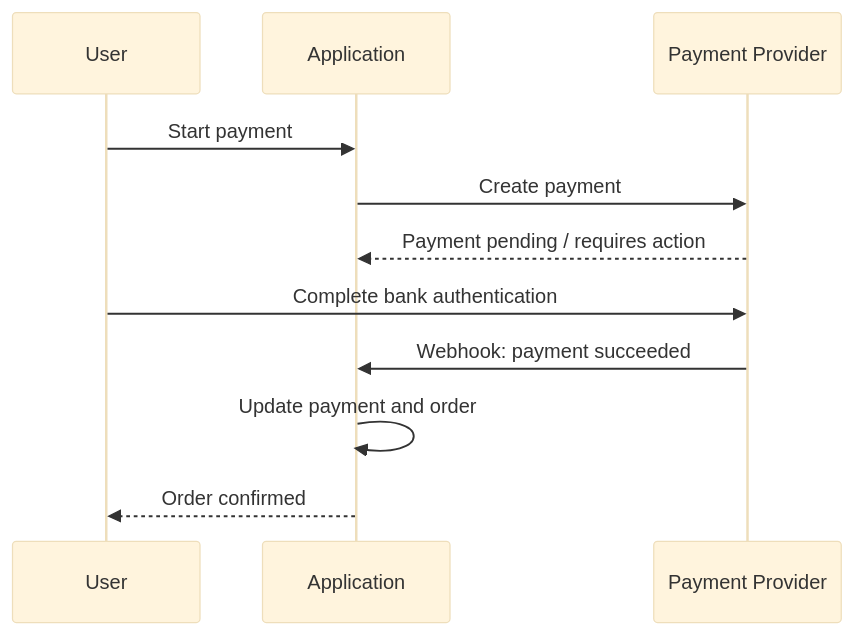
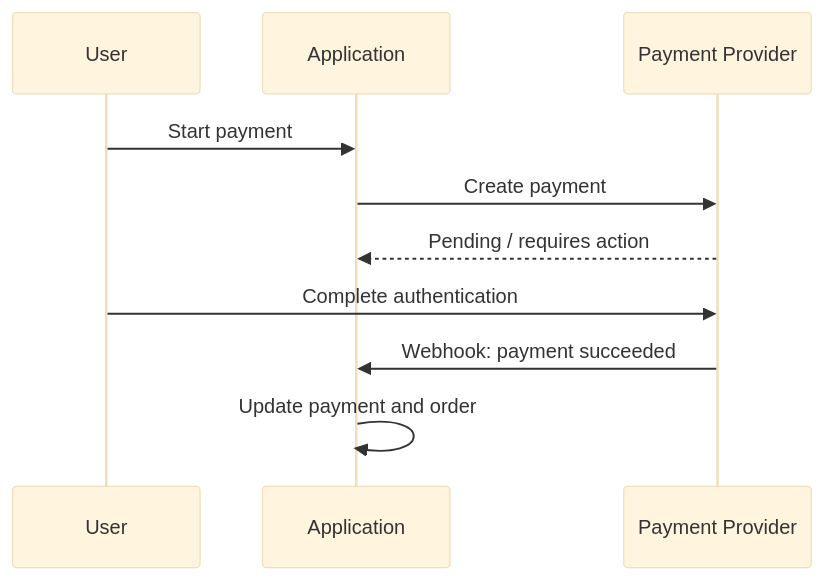
Before and after one commit to AvadhBhalodiya/Interview-Preparation: the second of 4 diagrams in src/content/payments/webhooks-reliability.md, drawn with Mermaid (base theme). The commit also changed other lines of this file and 54 other files, not shown here.

````diff
--- a/src/content/payments/webhooks-reliability.md
+++ b/src/content/payments/webhooks-reliability.md
@@ -81,14 +82,13 @@
 ```mermaid
 sequenceDiagram
     participant U as User
     participant A as Application
     participant P as Payment Provider
 
     U->>A: Start payment
     A->>P: Create payment
-    P-->>A: Payment pending / requires action
-    U->>P: Complete bank authentication
+    P-->>A: Pending / requires action
+    U->>P: Complete authentication
     P->>A: Webhook: payment succeeded
     A->>A: Update payment and order
-    A-->>U: Order confirmed
 ```
````
